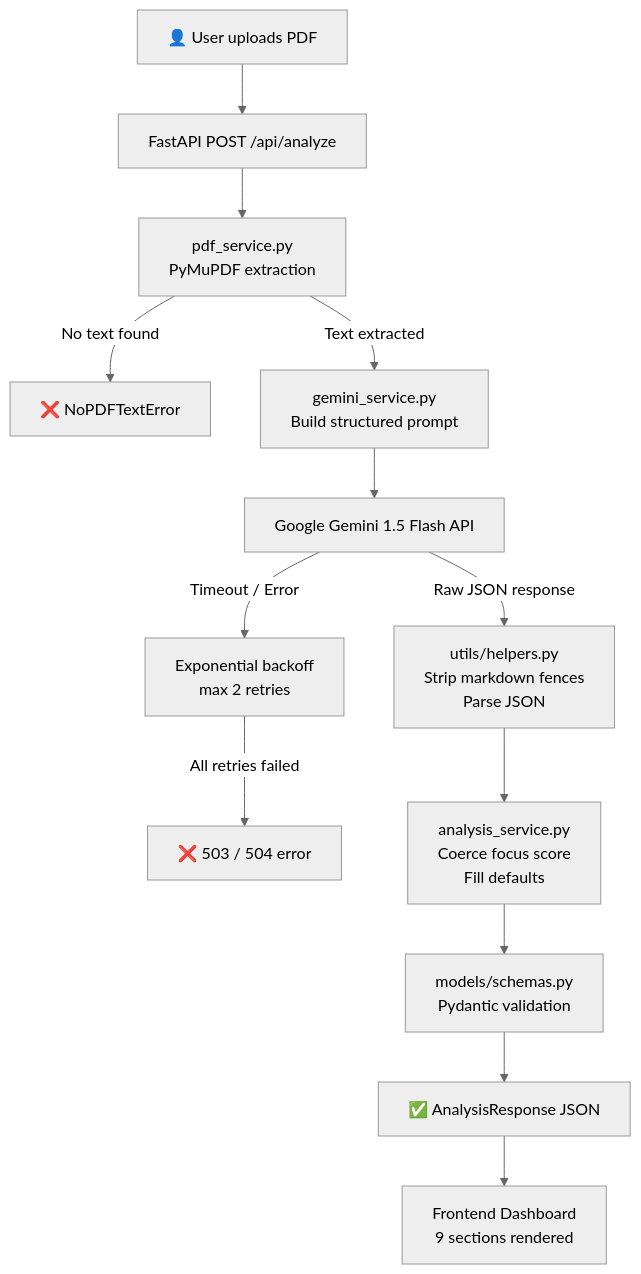
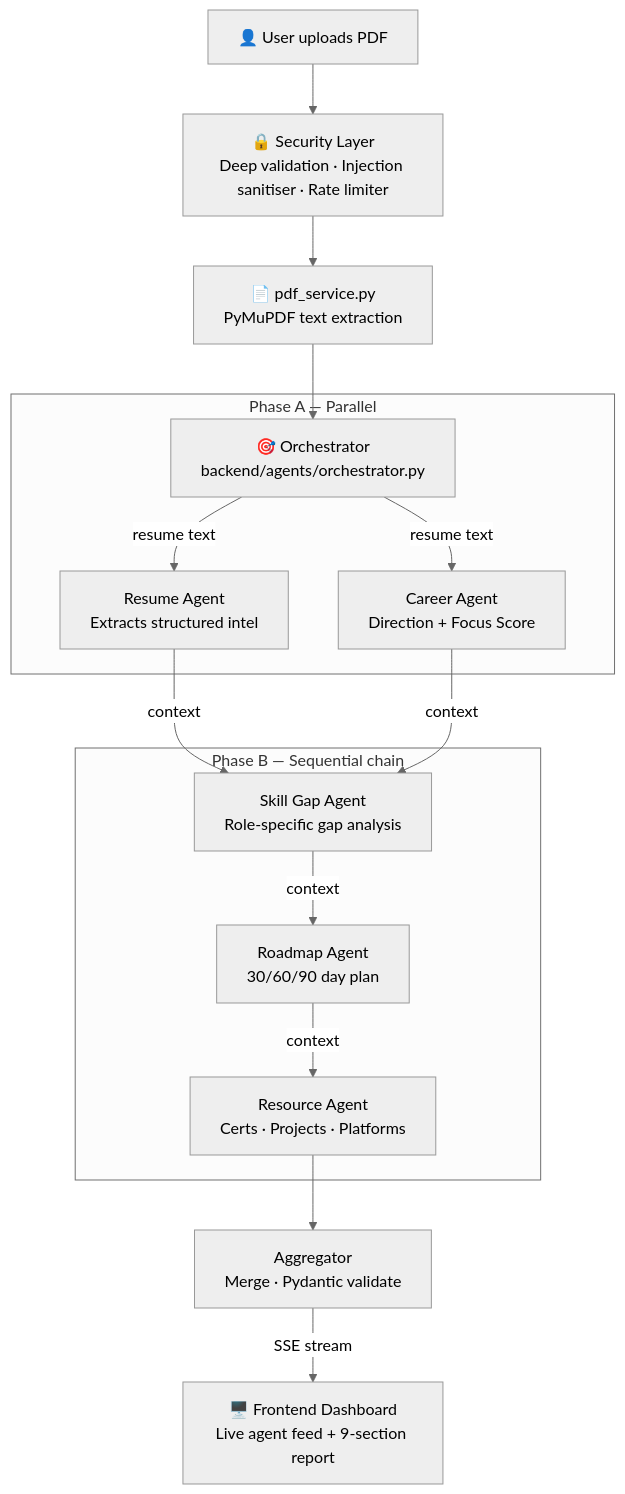
Before and after one commit to Samdarshil/Career-Guardian-AI: the diagram in README.md, drawn with Mermaid (neutral theme). The commit also changed other lines of this file and 25 other files, not shown here.

````diff
--- a/README.md
+++ b/README.md
@@ -106,15 +37,20 @@
 ```mermaid
 flowchart TD
-    A[👤 User uploads PDF] --> B[FastAPI POST /api/analyze]
-    B --> C[pdf_service.py\nPyMuPDF extraction]
-    C -->|No text found| D[❌ NoPDFTextError]
-    C -->|Text extracted| E[gemini_service.py\nBuild structured prompt]
-    E --> F[Google Gemini 1.5 Flash API]
-    F -->|Timeout / Error| G[Exponential backoff\nmax 2 retries]
-    G -->|All retries failed| H[❌ 503 / 504 error]
-    F -->|Raw JSON response| I[utils/helpers.py\nStrip markdown fences\nParse JSON]
-    I --> J[analysis_service.py\nCoerce focus score\nFill defaults]
-    J --> K[models/schemas.py\nPydantic validation]
-    K --> L[✅ AnalysisResponse JSON]
-    L --> M[Frontend Dashboard\n9 sections rendered]
+    U[👤 User uploads PDF] --> SEC[🔒 Security Layer\nDeep validation · Injection sanitiser · Rate limiter]
+    SEC --> PDF[📄 pdf_service.py\nPyMuPDF text extraction]
+    PDF --> ORC[🎯 Orchestrator\nbackend/agents/orchestrator.py]
+
+    subgraph PHASE_A [Phase A — Parallel]
+        ORC -->|resume text| RA[Resume Agent\nExtracts structured intel]
+        ORC -->|resume text| CA[Career Agent\nDirection + Focus Score]
+    end
+
+    subgraph PHASE_B [Phase B — Sequential chain]
+        RA & CA -->|context| SGA[Skill Gap Agent\nRole-specific gap analysis]
+        SGA -->|context| RMA[Roadmap Agent\n30/60/90 day plan]
+        RMA -->|context| RSA[Resource Agent\nCerts · Projects · Platforms]
+    end
+
+    RSA --> AGG[Aggregator\nMerge · Pydantic validate]
+    AGG -->|SSE stream| FE[🖥️ Frontend Dashboard\nLive agent feed + 9-section report]
 ```
````
